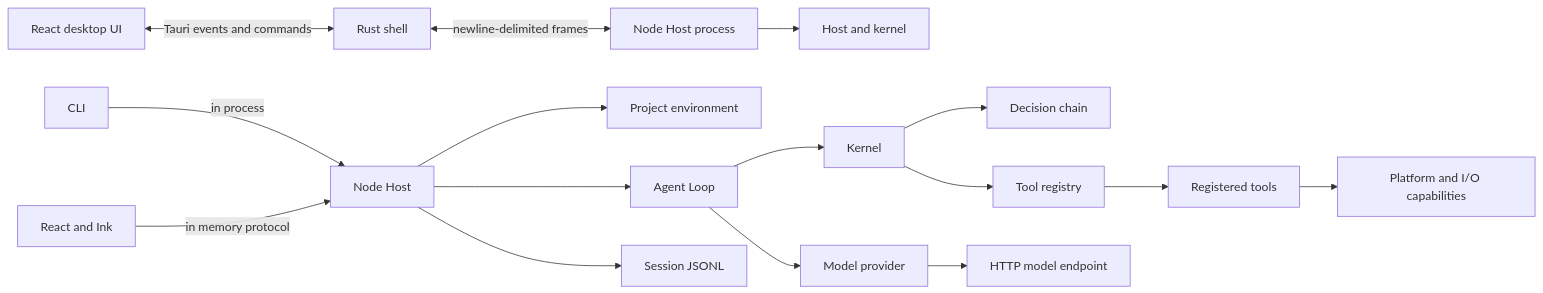
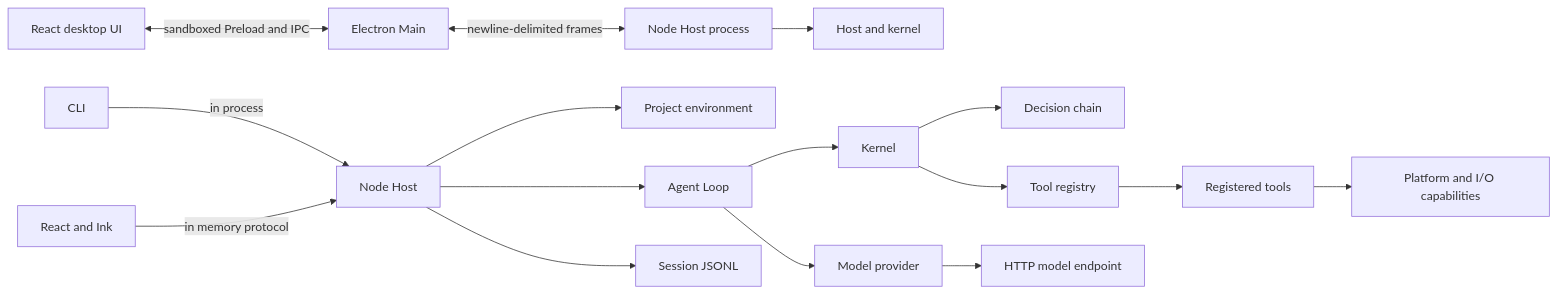
The first of 3 diagrams in docs/development/ARCHITECTURE.en.md (xswt442-cmd/ligule), drawn with Mermaid before and after one commit. The commit also changed other lines of this file and 6 other files, not shown here.

````diff
--- a/docs/development/ARCHITECTURE.en.md
+++ b/docs/development/ARCHITECTURE.en.md
@@ -27,18 +27,18 @@
 ```mermaid
 flowchart LR
   CLI[CLI] -->|in process| Host[Node Host]
   TUI[React and Ink] -->|in memory protocol| Host
-  Web[React desktop UI] <-->|Tauri events and commands| Shell[Rust shell]
-  Shell <-->|newline-delimited frames| Child[Node Host process]
+  Web[React desktop UI] <-->|sandboxed Preload and IPC| Main[Electron Main]
+  Main <-->|newline-delimited frames| Child[Node Host process]
   Child --> HostLogic[Host and kernel]
   Host --> Project[Project environment]
   Host --> Loop[Agent Loop]
   Host --> Session[Session JSONL]
   Loop --> Provider[Model provider]
   Loop --> Kernel[Kernel]
   Kernel --> Policy[Decision chain]
   Kernel --> Registry[Tool registry]
   Registry --> Tool[Registered tools]
   Tool --> Capability[Platform and I/O capabilities]
   Provider --> Endpoint[HTTP model endpoint]
 ```
````
